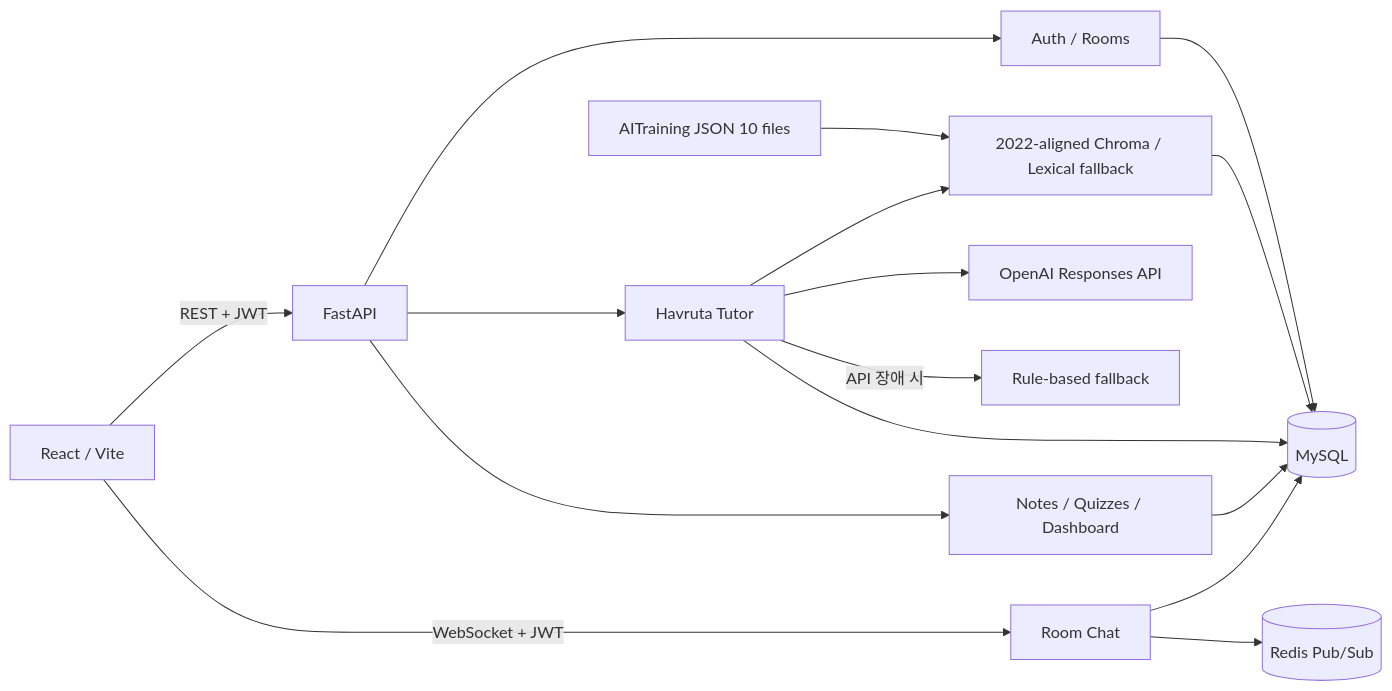
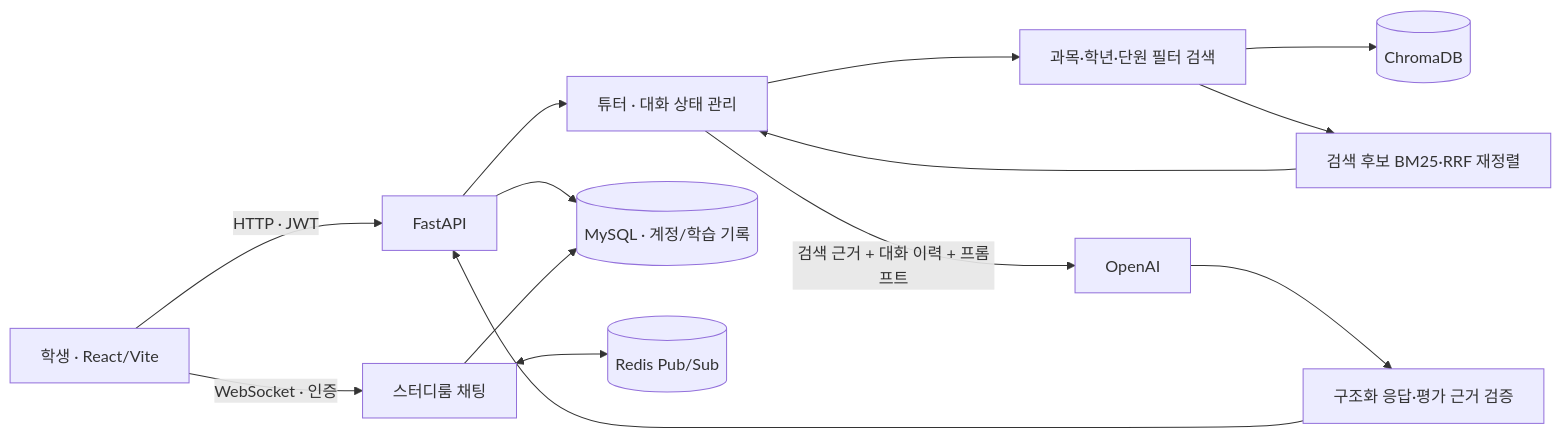
One commit to 20211400jiho/havruta-ai-tutor changed the diagram in README.md. Above: the diagram before and after it, drawn with Mermaid. The commit also changed other lines of this file and 3 other files, not shown here.

````diff
--- a/README.md
+++ b/README.md
@@ -52,18 +24,16 @@
 ```mermaid
 flowchart LR
-    Browser[React / Vite] -->|REST + JWT| API[FastAPI]
-    Browser -->|WebSocket + JWT| WS[Room Chat]
-    API --> Auth[Auth / Rooms]
-    API --> Tutor[Havruta Tutor]
-    API --> Content[Notes / Quizzes / Dashboard]
-    Tutor --> RAG[2022-aligned Chroma / Lexical fallback]
-    Tutor --> OpenAI[OpenAI Responses API]
-    Tutor -->|API 장애 시| Rule[Rule-based fallback]
-    Auth --> DB[(MySQL)]
-    Tutor --> DB
-    Content --> DB
-    WS --> DB
-    WS --> Redis[(Redis Pub/Sub)]
-    RAG --> DB
-    JSON[AITraining JSON 10 files] --> RAG
+    Student["학생 · React/Vite"] -->|HTTP · JWT| API["FastAPI"]
+    Student -->|WebSocket · 인증| Chat["스터디룸 채팅"]
+    API --> Tutor["튜터 · 대화 상태 관리"]
+    Tutor --> Search["과목·학년·단원 필터 검색"]
+    Search --> Chroma[("ChromaDB")]
+    Search --> Rank["검색 후보 BM25·RRF 재정렬"]
+    Rank --> Tutor
+    Tutor -->|검색 근거 + 대화 이력 + 프롬프트| LLM["OpenAI"]
+    LLM --> Validate["구조화 응답·평가 근거 검증"]
+    Validate --> API
+    API --> DB[("MySQL · 계정/학습 기록")]
+    Chat --> DB
+    Chat <--> Redis[("Redis Pub/Sub")]
 ```
````
